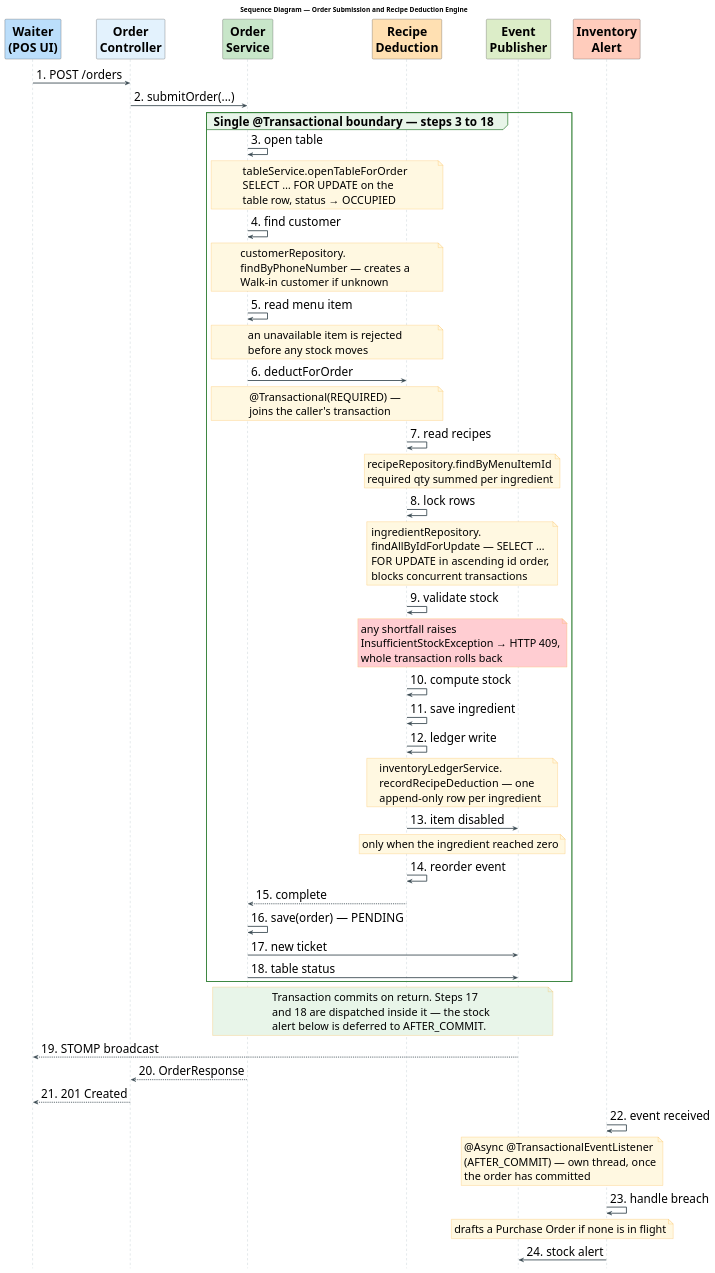
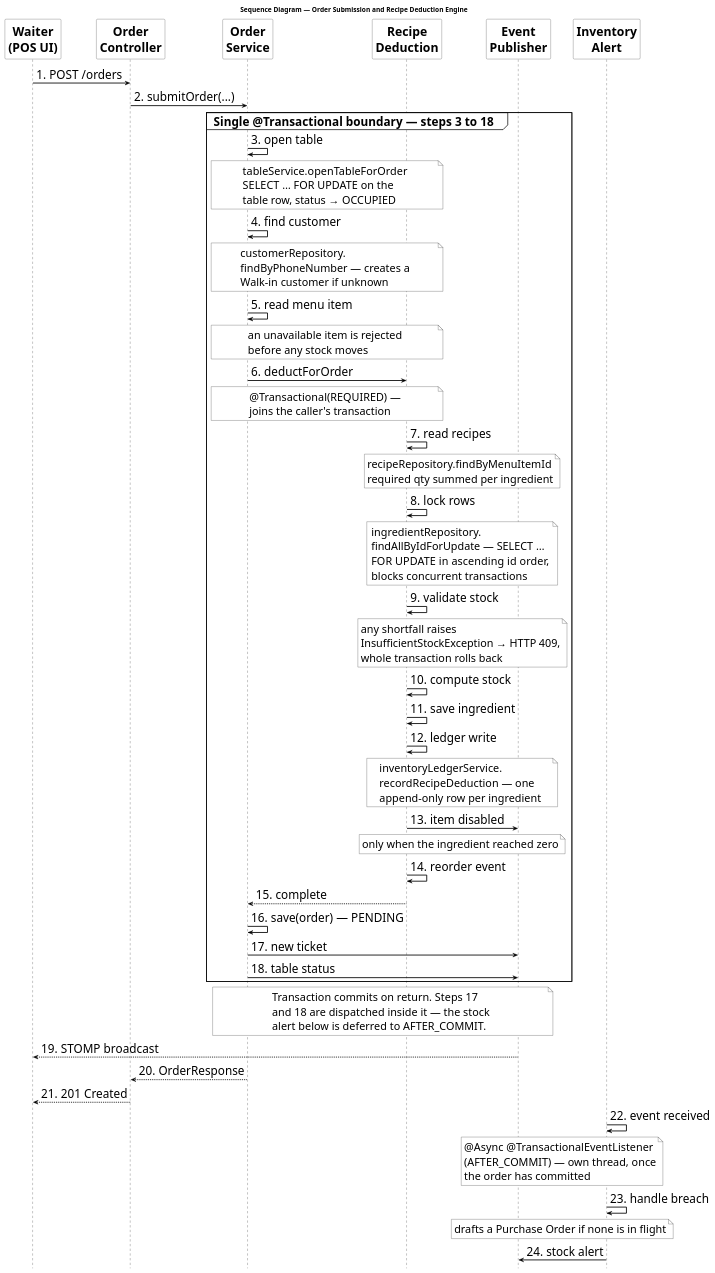
The diagram in diagrams-source/fig3_4_sequence.puml (Buddhimal-Ramanayaka/restaurant-management-system), drawn with PlantUML before and after one commit. The commit also changed 7 other files, not shown here.

First line of the commit message:
Restyle all eight Chapter 2-3 diagrams to plain UML notation

```diff
--- a/diagrams-source/fig3_4_sequence.puml
+++ b/diagrams-source/fig3_4_sequence.puml
@@ -1,142 +1,142 @@
 @startuml
 ' Figure 3.4 - Sequence Diagram, Order Submission and Recipe Deduction
 '
 ' Rebuilt in PlantUML. The mermaid version could not be sized: mermaid 11 ignores
 ' sequence options from both a %%{init}%% directive and mmdc -c, so actorMargin,
 ' messageMargin and every font size were inert - it rendered at a fixed 16px in a
 ' 1863-unit viewBox, which is 3.6pt on the page. PlantUML honours them.
 '
 ' IngredientRepository and InventoryLedgerService are folded into RecipeDeduction as
 ' self-calls, named in the adjacent notes. Printed size is fontSize x 417.6 / canvas
 ' width, and canvas width is the sum of the lifeline columns, so two fewer columns is
 ' the single biggest gain available. Message labels are kept short for the same reason;
 ' the detail lives in the notes, which are anchored "over" a pair of lifelines and
 ' therefore cannot widen the canvas.
 '
 ' Verified against OrderService.submitOrder, RecipeDeductionService.deductForOrder /
 ' handlePostDeductionThresholds and InventoryAlertService.
 
 skinparam backgroundColor #FFFFFF
 skinparam shadowing false
 skinparam defaultFontName "Arial"
 skinparam defaultFontSize 26
 skinparam ArrowThickness 1.8
 
 skinparam sequence {
-  ArrowColor #37474F
+  ArrowColor #000000
   ArrowFontSize 25
   ParticipantFontSize 26
   ParticipantFontStyle bold
   ParticipantPadding 16
   BoxPadding 12
-  LifeLineBorderColor #90A4AE
-  LifeLineBackgroundColor #FAFAFA
+  LifeLineBorderColor #000000
+  LifeLineBackgroundColor #FFFFFF
   GroupHeaderFontSize 25
   GroupHeaderFontStyle bold
-  GroupBackgroundColor #E8F5E9
-  GroupBorderColor #2E7D32
+  GroupBackgroundColor #FFFFFF
+  GroupBorderColor #000000
 }
 skinparam note {
   FontSize 23
-  BackgroundColor #FFF8E1
-  BorderColor #F9A825
+  BackgroundColor #FFFFFF
+  BorderColor #000000
 }
 
 hide footbox
 
 title Sequence Diagram — Order Submission and Recipe Deduction Engine
 
-participant "Waiter\n(POS UI)"   as W  #BBDEFB
-participant "Order\nController"  as C  #E3F2FD
-participant "Order\nService"     as OS #C8E6C9
-participant "Recipe\nDeduction"  as RD #FFE0B2
-participant "Event\nPublisher"   as EP #DCEDC8
-participant "Inventory\nAlert"   as AL #FFCCBC
+participant "Waiter\n(POS UI)"   as W  #FFFFFF
+participant "Order\nController"  as C  #FFFFFF
+participant "Order\nService"     as OS #FFFFFF
+participant "Recipe\nDeduction"  as RD #FFFFFF
+participant "Event\nPublisher"   as EP #FFFFFF
+participant "Inventory\nAlert"   as AL #FFFFFF
 
 W  -> C  : 1. POST /orders
 C  -> OS : 2. submitOrder(...)
 
 group Single @Transactional boundary — steps 3 to 18
   OS -> OS : 3. open table
   note over OS, RD
     tableService.openTableForOrder
     SELECT … FOR UPDATE on the
     table row, status → OCCUPIED
   end note
   OS -> OS : 4. find customer
   note over OS, RD
     customerRepository.
     findByPhoneNumber — creates a
     Walk-in customer if unknown
   end note
   OS -> OS : 5. read menu item
   note over OS, RD
     an unavailable item is rejected
     before any stock moves
   end note
 
   OS -> RD : 6. deductForOrder
   note over OS, RD
     @Transactional(REQUIRED) —
     joins the caller's transaction
   end note
   RD -> RD : 7. read recipes
   note over RD, EP
     recipeRepository.findByMenuItemId
     required qty summed per ingredient
   end note
   RD -> RD : 8. lock rows
   note over RD, EP
     ingredientRepository.
     findAllByIdForUpdate — SELECT …
     FOR UPDATE in ascending id order,
     blocks concurrent transactions
   end note
   RD -> RD : 9. validate stock
-  note over RD, EP #FFCDD2
+  note over RD, EP #FFFFFF
     any shortfall raises
     InsufficientStockException → HTTP 409,
     whole transaction rolls back
   end note
   RD -> RD : 10. compute stock
   RD -> RD : 11. save ingredient
   RD -> RD : 12. ledger write
   note over RD, EP
     inventoryLedgerService.
     recordRecipeDeduction — one
     append-only row per ingredient
   end note
   RD -> EP : 13. item disabled
   note over RD, EP
     only when the ingredient reached zero
   end note
   RD -> RD : 14. reorder event
   RD --> OS : 15. complete
   OS -> OS : 16. save(order) — PENDING
   OS -> EP : 17. new ticket
   OS -> EP : 18. table status
 end
 
-note over OS, EP #E8F5E9
+note over OS, EP #FFFFFF
   Transaction commits on return. Steps 17
   and 18 are dispatched inside it — the stock
   alert below is deferred to AFTER_COMMIT.
 end note
 
 EP --> W : 19. STOMP broadcast
 OS --> C : 20. OrderResponse
 C  --> W : 21. 201 Created
 
 AL -> AL : 22. event received
 note over EP, AL
   @Async @TransactionalEventListener
   (AFTER_COMMIT) — own thread, once
   the order has committed
 end note
 AL -> AL : 23. handle breach
 note over EP, AL
   drafts a Purchase Order if none is in flight
 end note
 AL -> EP : 24. stock alert
 
 @enduml
```
